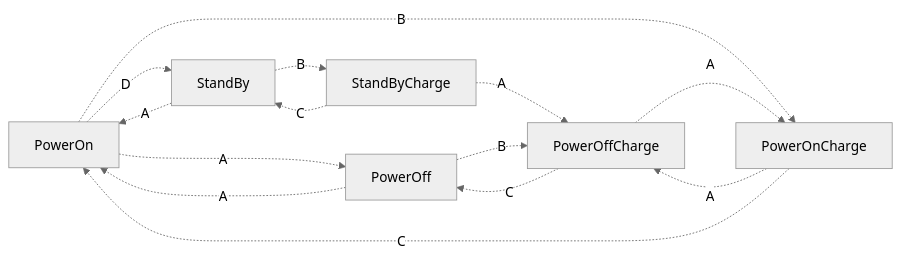
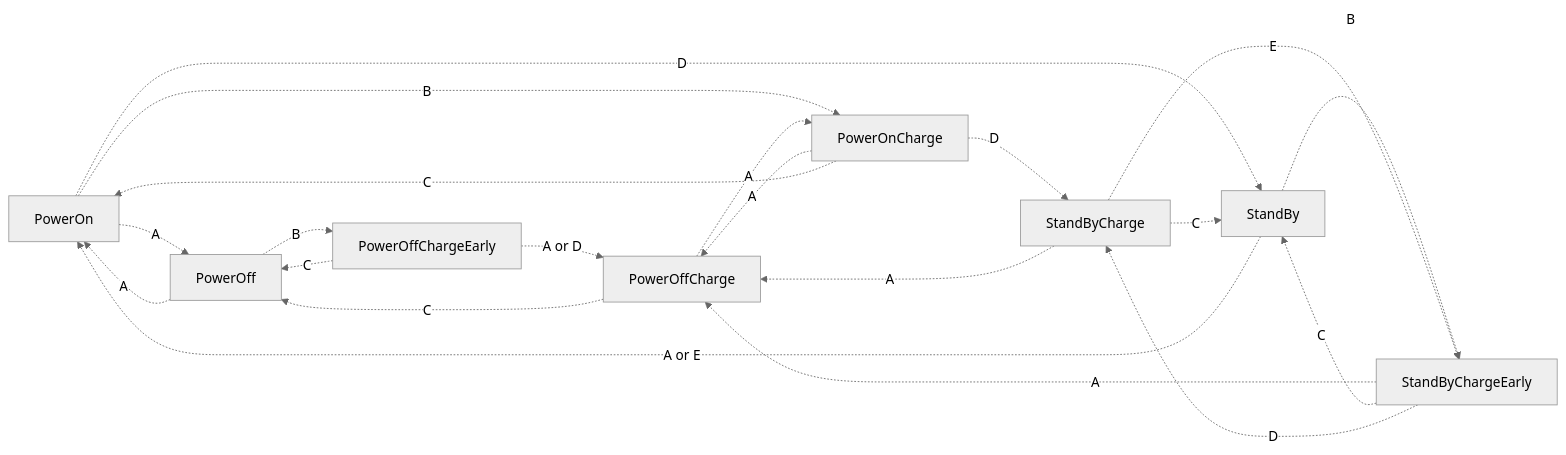
The diagram in README.md (heray1990/P201-Pump), drawn with Mermaid (neutral theme) before and after one commit. The commit also changed other lines of this file, not shown here.

Commit message:
1. 更新系统状态枚举 2. 更新系统状态转换图

````diff
--- a/README.md
+++ b/README.md
@@ -118,16 +117,23 @@
 ```mermaid
 graph LR
-	PowerOn[PowerOn] -. A .-> PowerOff[PowerOff]
-	PowerOn[PowerOn] -. B .-> PowerOnCharge[PowerOnCharge]
-	PowerOn[PowerOn] -. D .-> StandBy[StandBy]
-	PowerOnCharge[PowerOnCharge] -. A .-> PowerOffCharge[PowerOffCharge]
-	PowerOnCharge[PowerOnCharge] -. C .-> PowerOn[PowerOn]
-	StandBy[StandBy] -. A .-> PowerOn[PowerOn]
-	StandBy[StandBy] -. B .-> StandByCharge[StandByCharge]
-	StandByCharge[StandByCharge] -. A .-> PowerOffCharge[PowerOffCharge]
-	StandByCharge[StandByCharge] -. C .-> StandBy[StandBy]
-	PowerOff[PowerOff] -. A .-> PowerOn[PowerOn]
-	PowerOff[PowerOff] -. B .-> PowerOffCharge[PowerOffCharge]
-	PowerOffCharge[PowerOffCharge] -. A .-> PowerOnCharge[PowerOnCharge]
-	PowerOffCharge[PowerOffCharge] -. C .-> PowerOff[PowerOff]
+	0u[PowerOn] -. A .-> 5u[PowerOff]
+	0u[PowerOn] -. B .-> 1u[PowerOnCharge]
+	0u[PowerOn] -. D .-> 2u[StandBy]
+	1u[PowerOnCharge] -. A .-> 7u[PowerOffCharge]
+	1u[PowerOnCharge] -. C .-> 0u[PowerOn]
+	1u[PowerOnCharge] -. D .-> 4u[StandByCharge]
+	2u[StandBy] -. A or E .-> 0u[PowerOn]
+	2u[StandBy] -. B .-> 3u[StandByChargeEarly]
+	3u[StandByChargeEarly] -. A .-> 7u[PowerOffCharge]
+	3u[StandByChargeEarly] -. C .-> 2u[StandBy]
+	3u[StandByChargeEarly] -. D .-> 4u[StandByCharge]
+	4u[StandByCharge] -. A .-> 7u[PowerOffCharge]
+	4u[StandByCharge] -. C .-> 2u[StandBy]
+	4u[StandByCharge] -. E .-> 3u[StandByChargeEarly]
+	5u[PowerOff] -. A .-> 0u[PowerOn]
+	5u[PowerOff] -. B .-> 6u[PowerOffChargeEarly]
+	6u[PowerOffChargeEarly] -. A or D .-> 7u[PowerOffCharge]
+	6u[PowerOffChargeEarly] -. C .-> 5u[PowerOff]
+	7u[PowerOffCharge] -. A .-> 1u[PowerOnCharge]
+	7u[PowerOffCharge] -. C .-> 5u[PowerOff]
 ```
````
